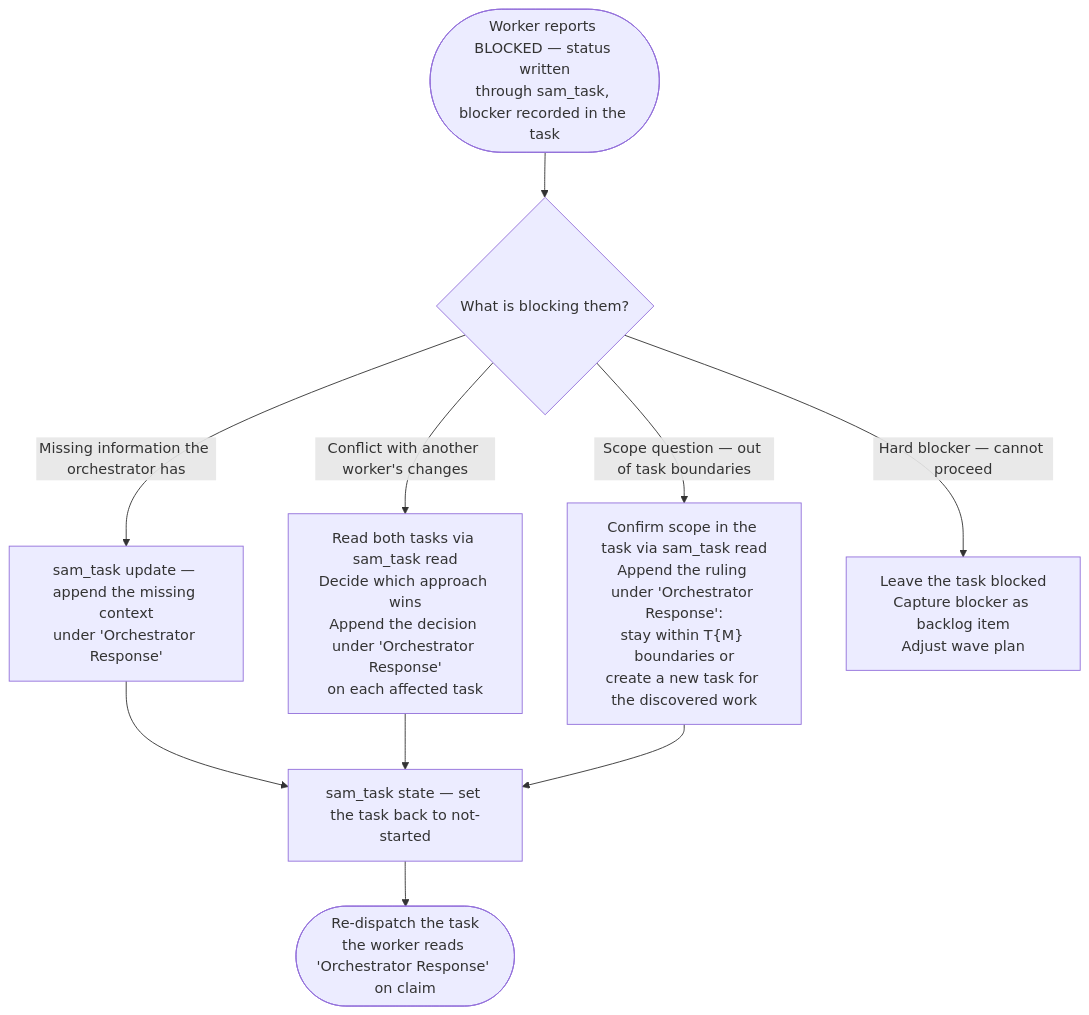
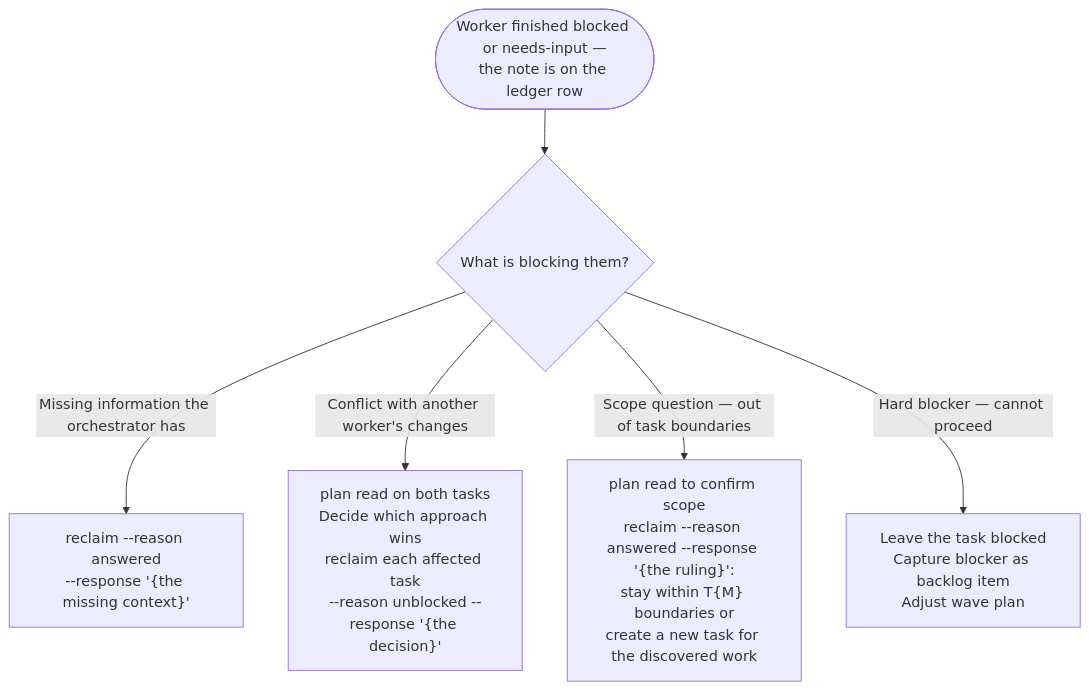
One commit to Jamie-BitFlight/claude_skills changed the third of 3 diagrams in plugins/development-harness/skills/dispatch/SKILL.md. Above: the diagram before and after it, drawn with Mermaid. The commit also changed other lines of this file and 26 other files, not shown here.

````diff
--- a/plugins/development-harness/skills/dispatch/SKILL.md
+++ b/plugins/development-harness/skills/dispatch/SKILL.md
@@ -68,12 +92,8 @@
 ```mermaid
 flowchart TD
-    Blocker(["Worker reports BLOCKED — status written<br>through sam_task, blocker recorded in the task"]) --> Classify{"What is blocking them?"}
-    Classify -->|"Missing information the orchestrator has"| Relay["sam_task update — append the missing context<br>under 'Orchestrator Response'"]
-    Classify -->|"Conflict with another worker's changes"| Resolve["Read both tasks via sam_task read<br>Decide which approach wins<br>Append the decision under 'Orchestrator Response'<br>on each affected task"]
-    Classify -->|"Scope question — out of task boundaries"| Bound["Confirm scope in the task via sam_task read<br>Append the ruling under 'Orchestrator Response':<br>stay within T{M} boundaries or<br>create a new task for the discovered work"]
-    Relay --> Reopen
-    Resolve --> Reopen
-    Bound --> Reopen
-    Reopen["sam_task state — set the task back to not-started"] --> Redispatch(["Re-dispatch the task<br>the worker reads 'Orchestrator Response' on claim"])
+    Blocker(["Worker finished blocked or needs-input —<br>the note is on the ledger row"]) --> Classify{"What is blocking them?"}
+    Classify -->|"Missing information the orchestrator has"| Relay["reclaim --reason answered<br>--response '{the missing context}'"]
+    Classify -->|"Conflict with another worker's changes"| Resolve["plan read on both tasks<br>Decide which approach wins<br>reclaim each affected task<br>--reason unblocked --response '{the decision}'"]
+    Classify -->|"Scope question — out of task boundaries"| Bound["plan read to confirm scope<br>reclaim --reason answered --response '{the ruling}':<br>stay within T{M} boundaries or<br>create a new task for the discovered work"]
     Classify -->|"Hard blocker — cannot proceed"| Escalate["Leave the task blocked<br>Capture blocker as backlog item<br>Adjust wave plan"]
 ```
````
